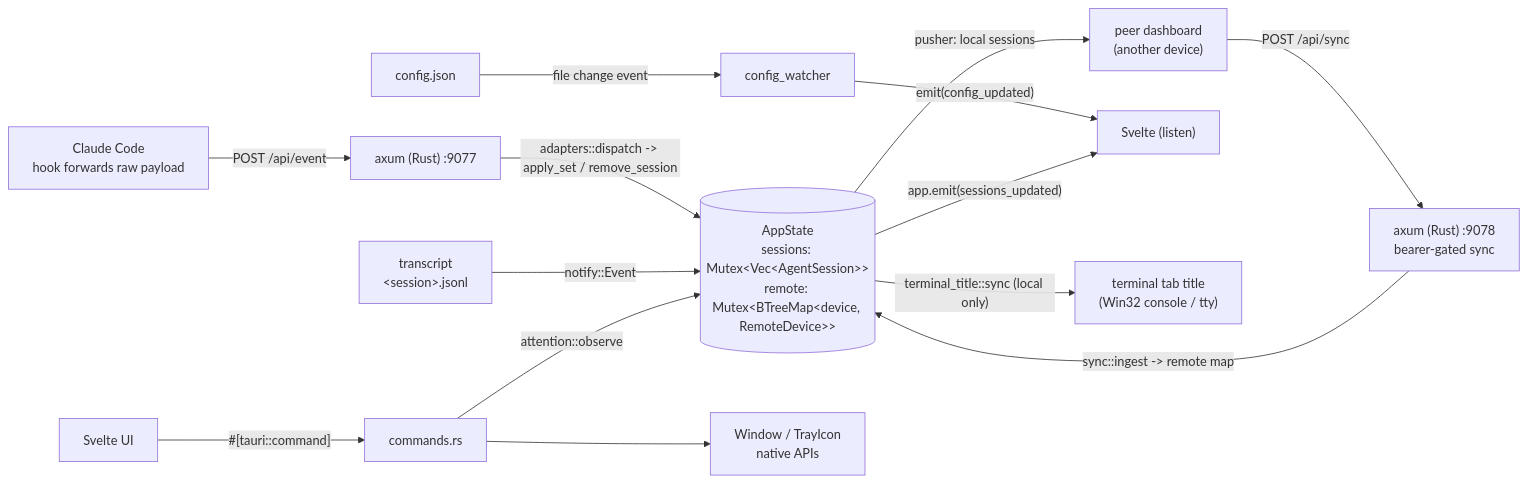
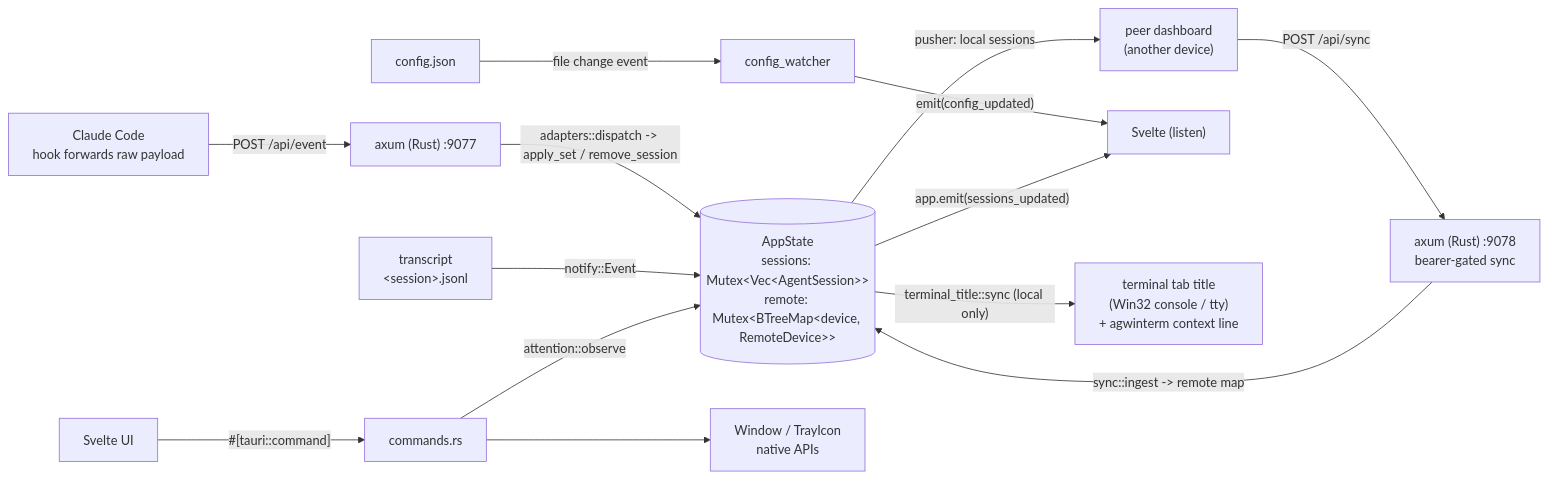
One commit to AnotherSava/claude-code-dashboard changed the diagram in docs/pages/development/data-flow.md. Above: the diagram before and after it, drawn with Mermaid. The commit also changed other lines of this file and 17 other files, not shown here.

````diff
--- a/docs/pages/development/data-flow.md
+++ b/docs/pages/development/data-flow.md
@@ -12,31 +12,31 @@
 ```mermaid
 flowchart LR
   CC["Claude Code<br/>hook forwards raw payload"]
   TR["transcript<br/>&lt;session&gt;.jsonl"]
   UI["Svelte UI"]
   CFG["config.json"]
   PEER["peer dashboard<br/>(another device)"]
 
   AX["axum (Rust) :9077"]
   SYNC["axum (Rust) :9078<br/>bearer-gated sync"]
   CMD["commands.rs"]
   CW["config_watcher"]
   AS[("AppState<br/>sessions: Mutex&lt;Vec&lt;AgentSession&gt;&gt;<br/>remote: Mutex&lt;BTreeMap&lt;device, RemoteDevice&gt;&gt;")]
   NATIVE["Window / TrayIcon<br/>native APIs"]
   SV["Svelte (listen)"]
-  TT["terminal tab title<br/>(Win32 console / tty)"]
+  TT["terminal tab title<br/>(Win32 console / tty)<br/>+ agwinterm context line"]
 
   CC -->|"POST /api/event"| AX
   AX -->|"adapters::dispatch -> apply_set / remove_session"| AS
   TR -->|"notify::Event"| AS
   PEER -->|"POST /api/sync"| SYNC
   SYNC -->|"sync::ingest -> remote map"| AS
   AS -->|"pusher: local sessions"| PEER
   UI -->|"#[tauri::command]"| CMD
   CMD -->|"attention::observe"| AS
   CMD --> NATIVE
   CFG -->|"file change event"| CW
   CW -->|"emit(config_updated)"| SV
   AS -->|"app.emit(sessions_updated)"| SV
   AS -->|"terminal_title::sync (local only)"| TT
 ```
````
